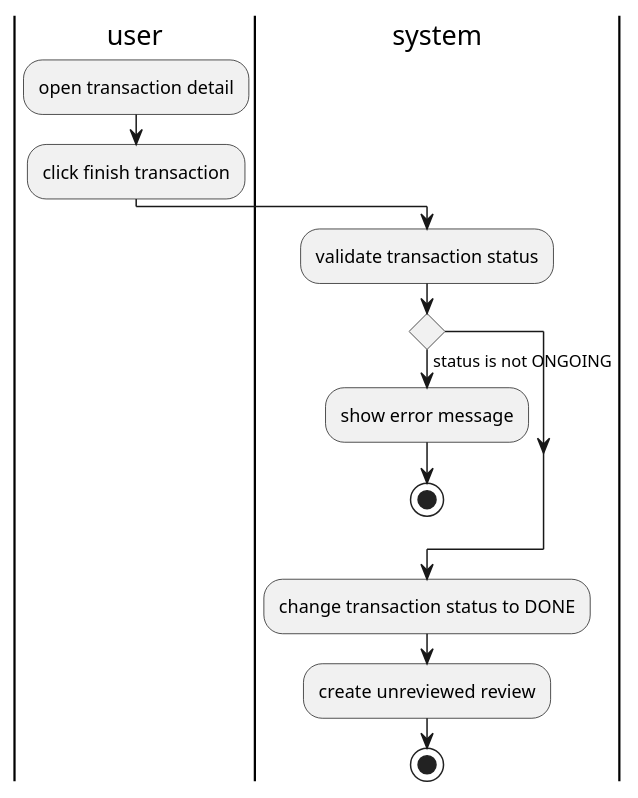
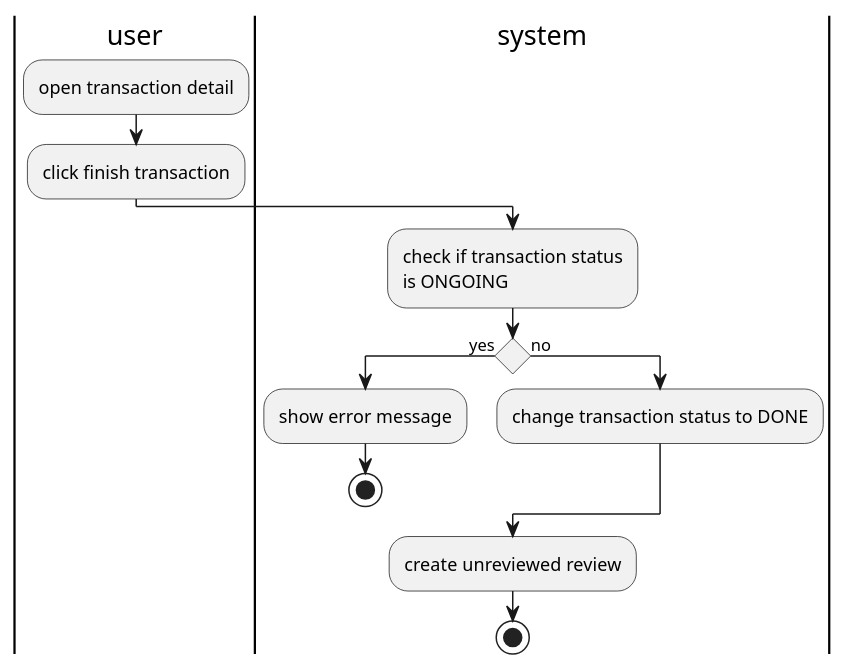
Before and after one commit to aldihsuhandi/skripsi-2023: the diagram in uml diagram/activity diagram/transaction/finish transaction.pu, drawn with PlantUML. The commit also changed 15 other files, not shown here.

Commit message:
add missing true false annotations in activity diagram

```diff
--- a/uml diagram/activity diagram/transaction/finish transaction.pu
+++ b/uml diagram/activity diagram/transaction/finish transaction.pu
@@ -1,18 +1,20 @@
 @startuml finish transaction
 
 |user|
 :open transaction detail;
 :click finish transaction;
 |system|
-:validate transaction status;
-if () then (status is not ONGOING)
+:check if transaction status
+is ONGOING;
+if () then (yes)
     |system|
     :show error message;
     stop
+else (no)
+    :change transaction status to DONE;
 endif
 
-:change transaction status to DONE;
 :create unreviewed review;
 stop
 
 @enduml
```
